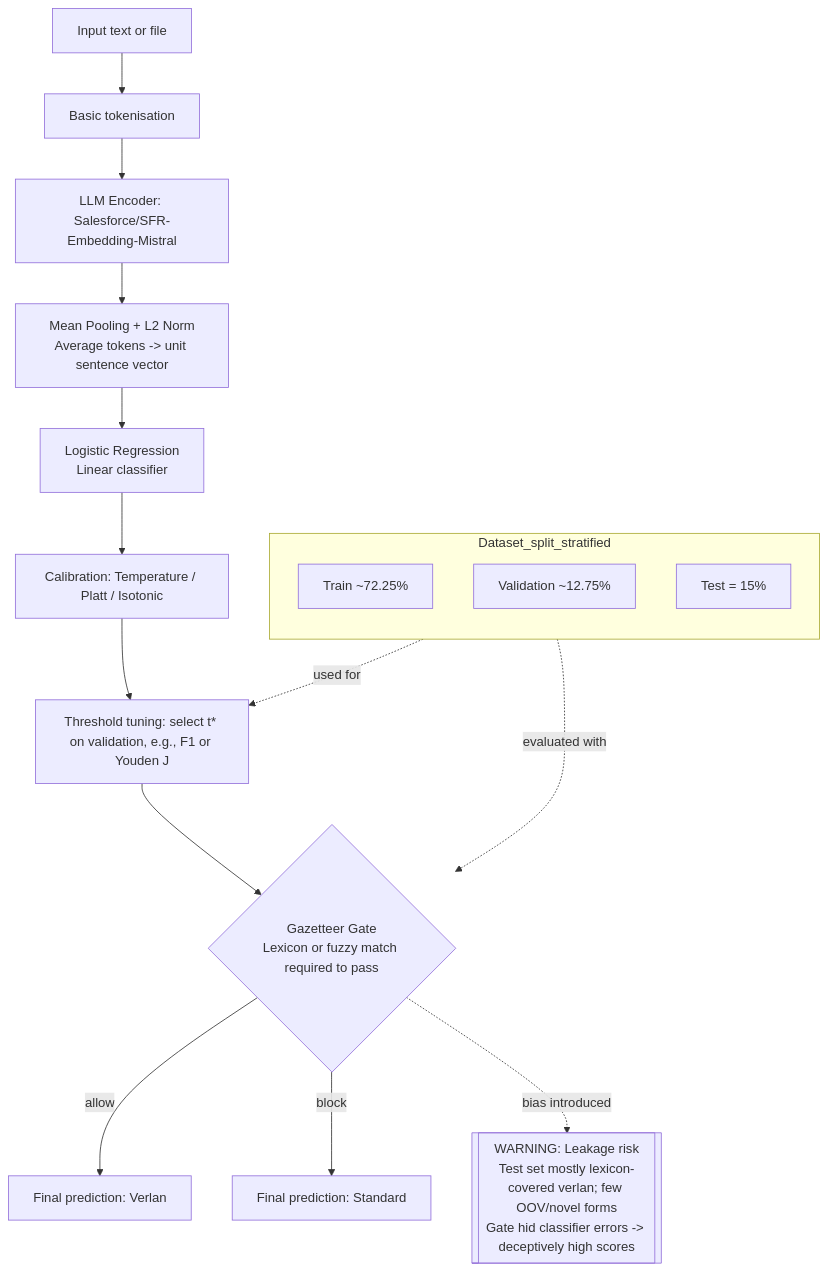
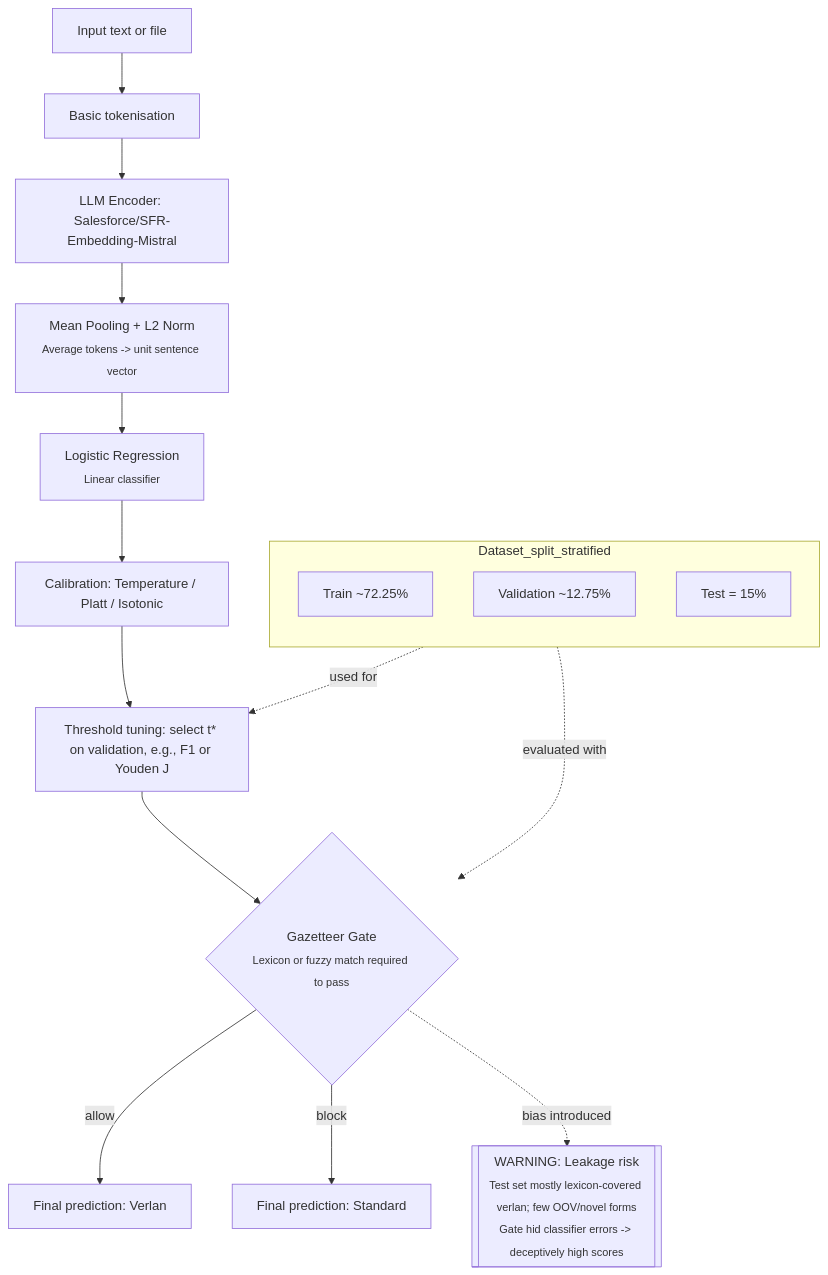
Before and after one commit to greateden/Verlan-Identification-Normalisation: the second of 2 diagrams in docs/readme.md, drawn with Mermaid.

Commit message:
I hate \n

````diff
--- a/docs/readme.md
+++ b/docs/readme.md
@@ -234,30 +234,30 @@
   ```mermaid
   flowchart TB
     %% Fixed pipeline (Aug 2025) – HTML removed, ASCII only
 
     subgraph Dataset_split_stratified
       direction TB
       S1[Train ~72.25%]
       S2[Validation ~12.75%]
       S3[Test = 15%]
     end
 
     A[Input text or file] --> B[Basic tokenisation]
     B --> C[LLM Encoder: Salesforce/SFR-Embedding-Mistral]
-    C --> D[Mean Pooling + L2 Norm\nAverage tokens -> unit sentence vector]
-    D --> E[Logistic Regression\nLinear classifier]
+    C --> D[Mean Pooling + L2 Norm<br/><sub>Average tokens -> unit sentence vector</sub>]
+    D --> E[Logistic Regression<br/><sub>Linear classifier</sub>]
 
     %% Post-processing chain added only at inference time
     E --> P1[Calibration: Temperature / Platt / Isotonic]
     P1 --> P2[Threshold tuning: select t* on validation, e.g., F1 or Youden J]
-    P2 --> G{Gazetteer Gate\nLexicon or fuzzy match required to pass}
+    P2 --> G{Gazetteer Gate<br/><sub>Lexicon or fuzzy match required to pass</sub>}
 
     G -- allow --> H[Final prediction: Verlan]
     G -- block --> I[Final prediction: Standard]
 
     %% Evaluation linkage and warning
     S2 -. used for .-> P2
     S3 -. evaluated with .-> G
-    W[[WARNING: Leakage risk\nTest set mostly lexicon-covered verlan; few OOV/novel forms\nGate hid classifier errors -> deceptively high scores]]
+    W[[WARNING: Leakage risk<br/><sub>Test set mostly lexicon-covered verlan; few OOV/novel forms</sub><br/><sub>Gate hid classifier errors -> deceptively high scores</sub>]]
     G -. bias introduced .-> W
   ```
````
